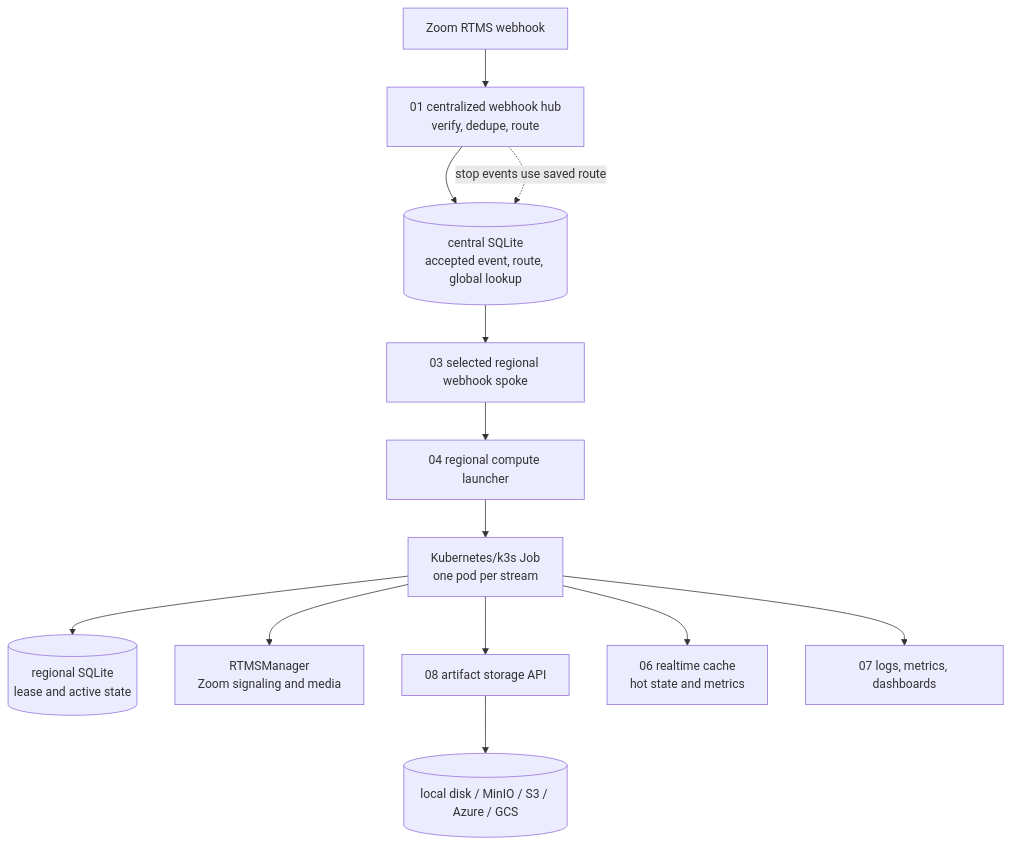
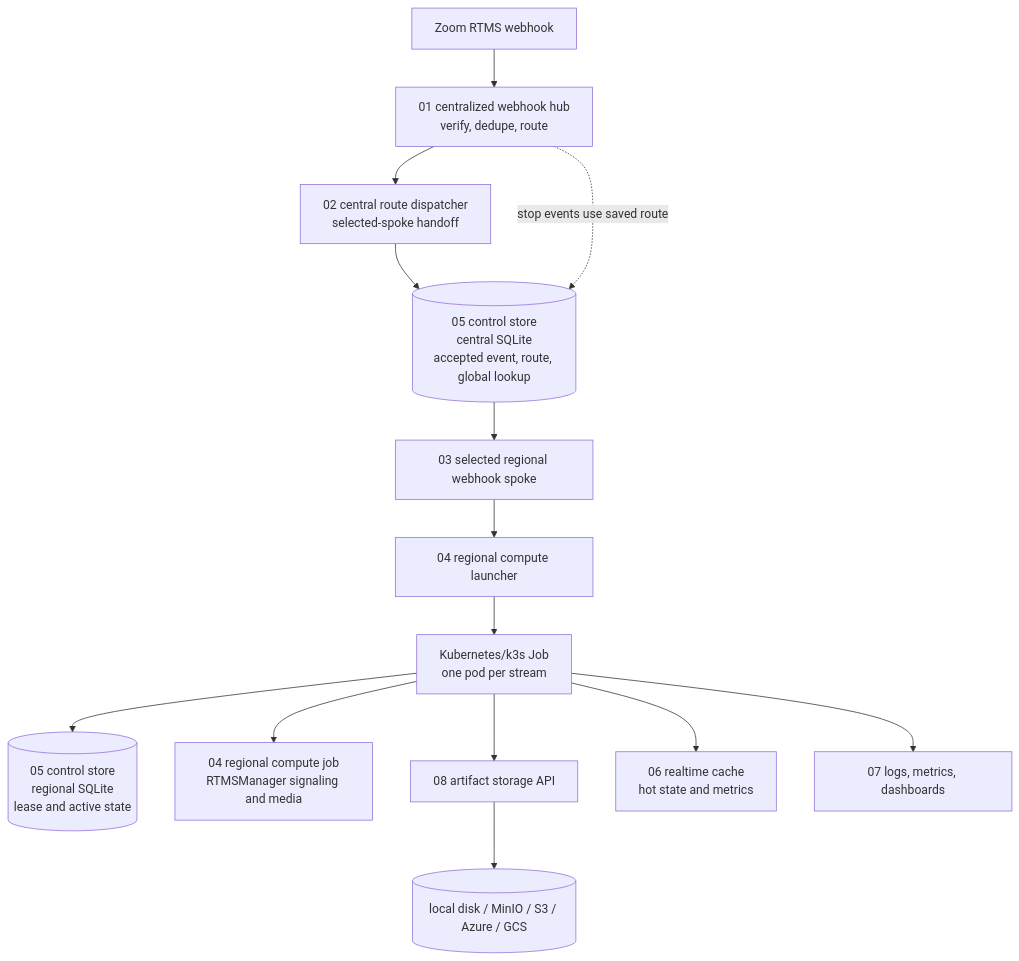
The diagram in rtms-distributed-sample/README.md (gengtang26/rtms-samples), drawn with Mermaid before and after one commit. The commit also changed other lines of this file, not shown here.

Commit message:
Fix distributed sample architecture diagram

````diff
--- a/rtms-distributed-sample/README.md
+++ b/rtms-distributed-sample/README.md
@@ -19,15 +19,16 @@
 ```mermaid
 flowchart TD
   Zoom[Zoom RTMS webhook] --> Hub[01 centralized webhook hub<br/>verify, dedupe, route]
-  Hub --> Central[(central SQLite<br/>accepted event, route, global lookup)]
+  Hub --> Dispatcher[02 central route dispatcher<br/>selected-spoke handoff]
+  Dispatcher --> Central[(05 control store<br/>central SQLite<br/>accepted event, route, global lookup)]
   Central --> Spoke[03 selected regional webhook spoke]
   Spoke --> Launcher[04 regional compute launcher]
   Launcher --> Job[Kubernetes/k3s Job<br/>one pod per stream]
-  Job --> Regional[(regional SQLite<br/>lease and active state)]
-  Job --> Manager[RTMSManager<br/>Zoom signaling and media]
+  Job --> Regional[(05 control store<br/>regional SQLite<br/>lease and active state)]
+  Job --> Manager[04 regional compute job<br/>RTMSManager signaling and media]
   Job --> Artifact[08 artifact storage API]
   Artifact --> Blob[(local disk / MinIO / S3 / Azure / GCS)]
   Job --> Cache[06 realtime cache<br/>hot state and metrics]
   Job --> Obs[07 logs, metrics, dashboards]
   Hub -. stop events use saved route .-> Central
 ```
````
